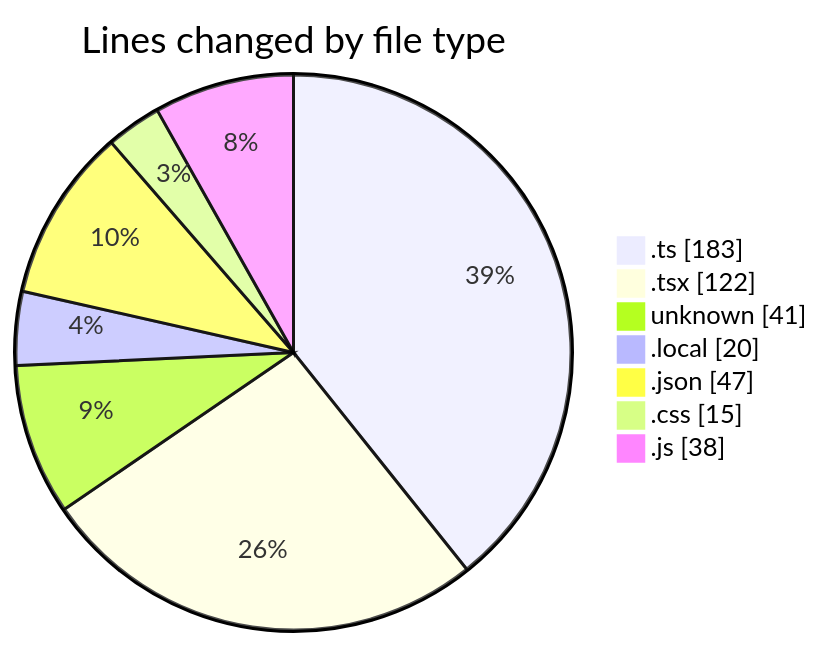
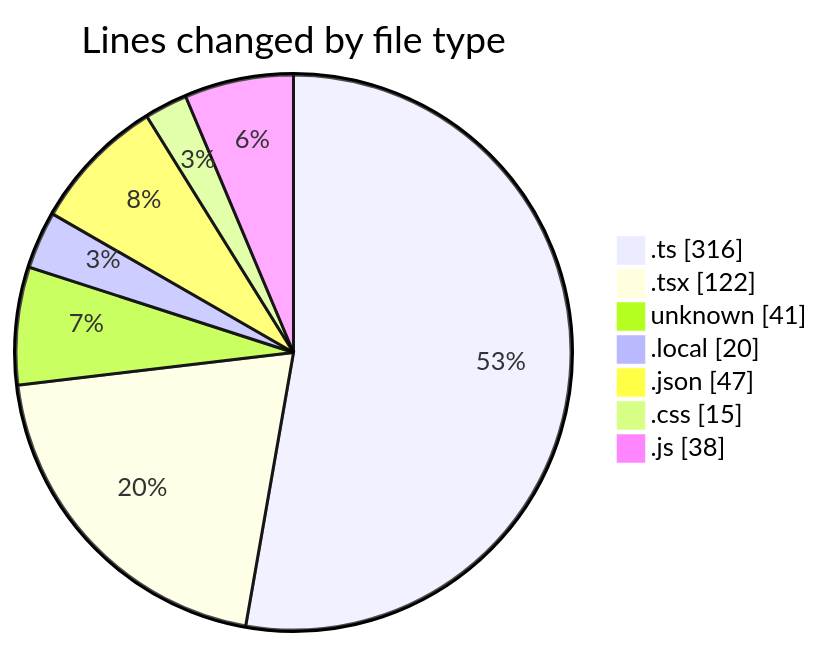
Before and after one commit to momahboobian/code-tracking: the first of 2 diagrams in 2026-02-26/car_database/README.md, drawn with Mermaid. The commit also changed other lines of this file and 1 other file, not shown here.

````diff
--- a/2026-02-26/car_database/README.md
+++ b/2026-02-26/car_database/README.md
@@ -30,11 +34,11 @@
 ```mermaid
 pie showData
 title Lines changed by file type
-".ts" : 183
+".ts" : 316
 ".tsx" : 122
 "unknown" : 41
 ".local" : 20
 ".json" : 47
 ".css" : 15
 ".js" : 38
 ```
````
